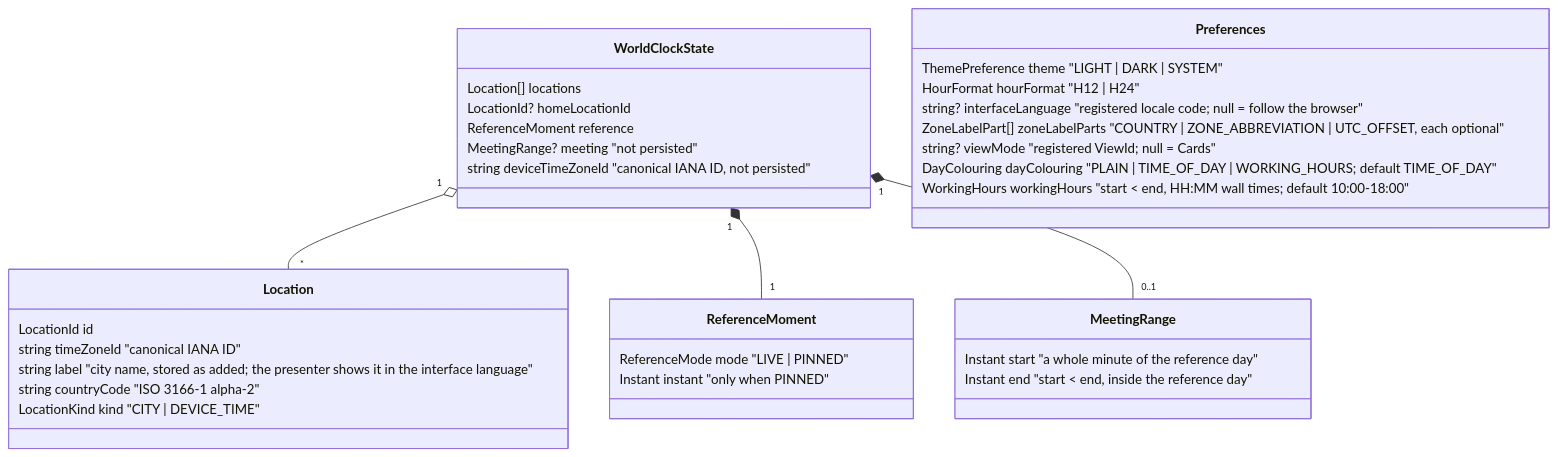
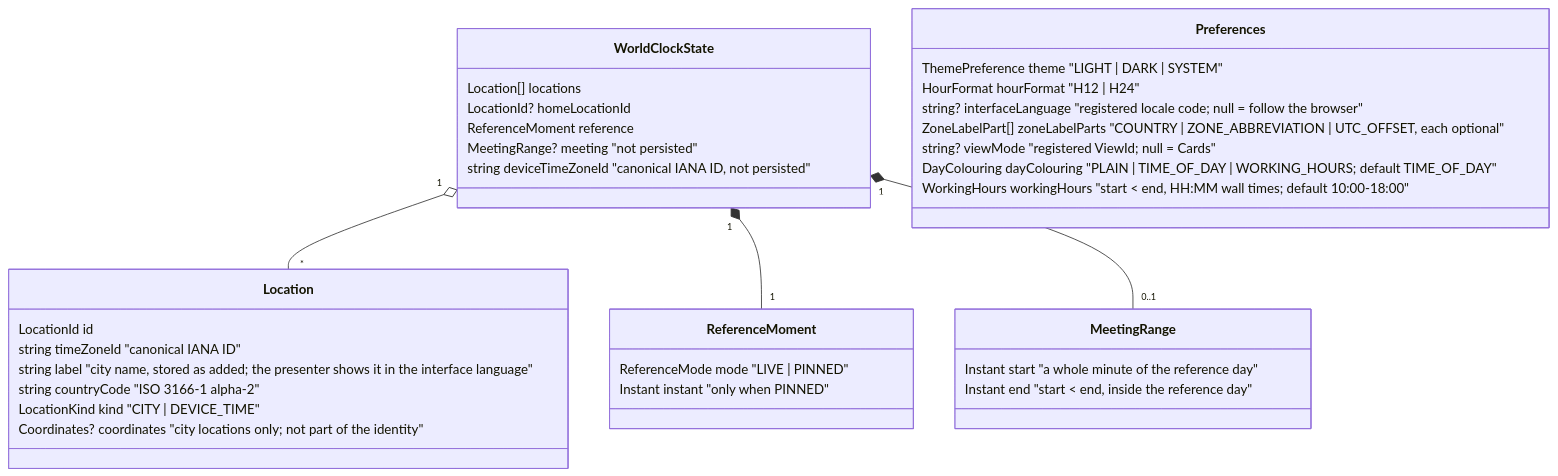
Before and after one commit to oinsio/time-zones: the first of 2 diagrams in docs/architecture/domain-model.md, drawn with Mermaid. The commit also changed other lines of this file and 187 other files, not shown here.

First line of the commit message:
Add coordinates to city records and city locations (#139)

````diff
--- a/docs/architecture/domain-model.md
+++ b/docs/architecture/domain-model.md
@@ -7,37 +7,38 @@
 ```mermaid
 classDiagram
     class WorldClockState {
         Location[] locations
         LocationId? homeLocationId
         ReferenceMoment reference
         MeetingRange? meeting "not persisted"
         string deviceTimeZoneId "canonical IANA ID, not persisted"
     }
     class Location {
         LocationId id
         string timeZoneId  "canonical IANA ID"
         string label       "city name, stored as added; the presenter shows it in the interface language"
         string countryCode "ISO 3166-1 alpha-2"
         LocationKind kind  "CITY | DEVICE_TIME"
+        Coordinates? coordinates "city locations only; not part of the identity"
     }
     class ReferenceMoment {
         ReferenceMode mode  "LIVE | PINNED"
         Instant instant     "only when PINNED"
     }
     class MeetingRange {
         Instant start  "a whole minute of the reference day"
         Instant end    "start < end, inside the reference day"
     }
     class Preferences {
         ThemePreference theme  "LIGHT | DARK | SYSTEM"
         HourFormat hourFormat  "H12 | H24"
         string? interfaceLanguage "registered locale code; null = follow the browser"
         ZoneLabelPart[] zoneLabelParts "COUNTRY | ZONE_ABBREVIATION | UTC_OFFSET, each optional"
         string? viewMode       "registered ViewId; null = Cards"
         DayColouring dayColouring "PLAIN | TIME_OF_DAY | WORKING_HOURS; default TIME_OF_DAY"
         WorkingHours workingHours "start < end, HH:MM wall times; default 10:00-18:00"
     }
     WorldClockState "1" o-- "*" Location
     WorldClockState "1" *-- "1" ReferenceMoment
     WorldClockState "1" *-- "0..1" MeetingRange
 ```
````
